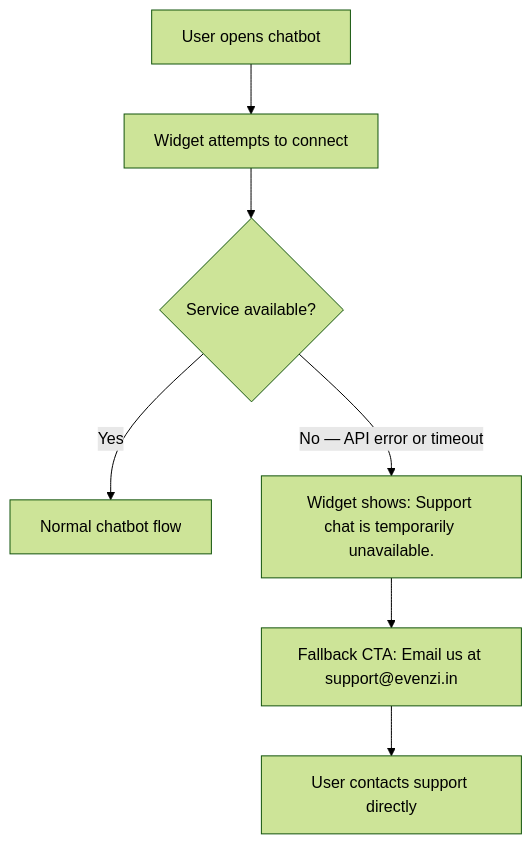
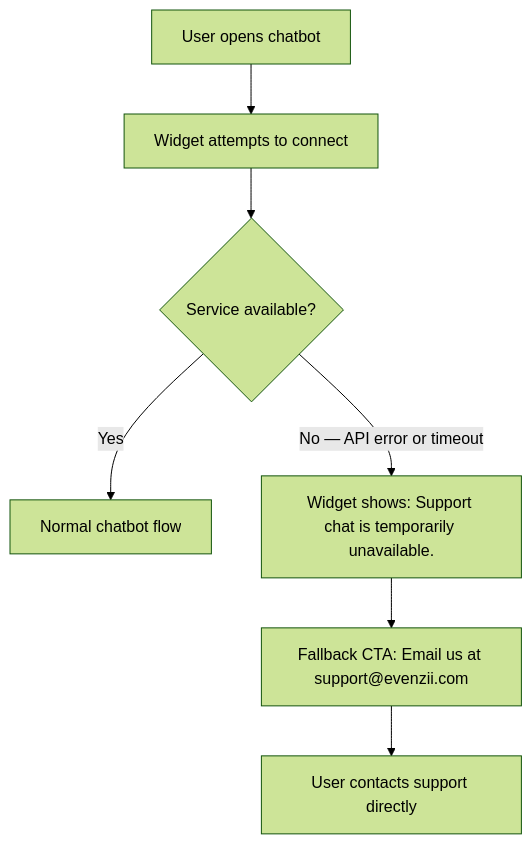
Before and after one commit to evenzi-official/Evenzi: diagram 11 of 13 in docs/foundation/user-flows.md, drawn with Mermaid (forest theme). The commit also changed 8 other files, not shown here.

````diff
--- a/docs/foundation/user-flows.md
+++ b/docs/foundation/user-flows.md
@@ -448,9 +448,9 @@
 ```mermaid
 flowchart TD
     A[User opens chatbot] --> B[Widget attempts to connect]
     B --> C{Service available?}
     C -->|Yes| D[Normal chatbot flow]
     C -->|No — API error or timeout| E[Widget shows: Support chat is temporarily unavailable.]
-    E --> F[Fallback CTA: Email us at support@evenzi.in]
+    E --> F[Fallback CTA: Email us at support@evenzii.com]
     F --> G[User contacts support directly]
 ```
````
